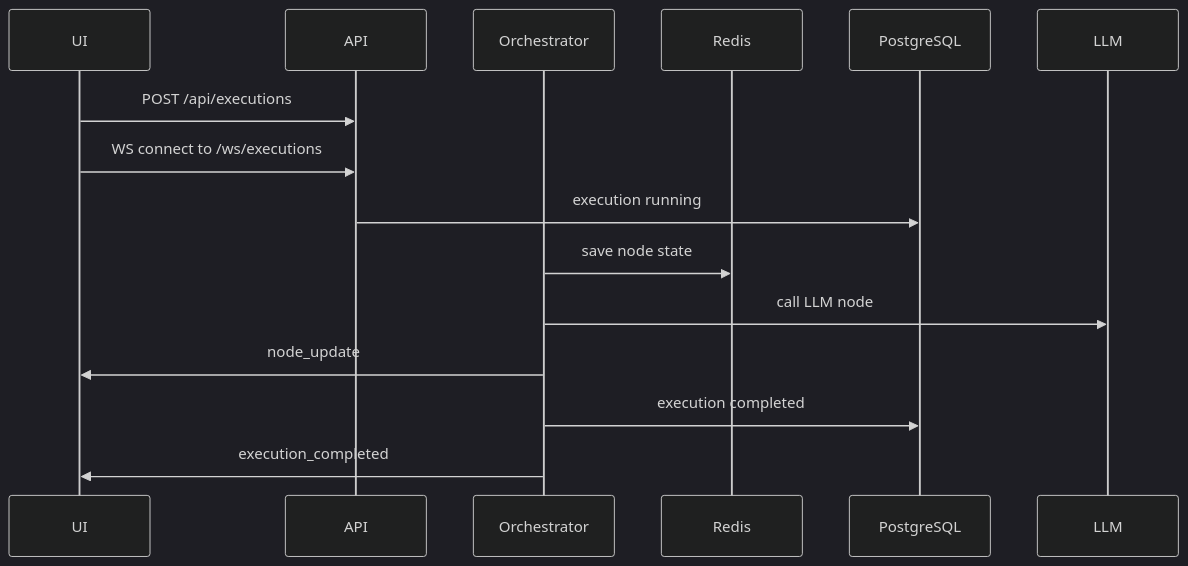
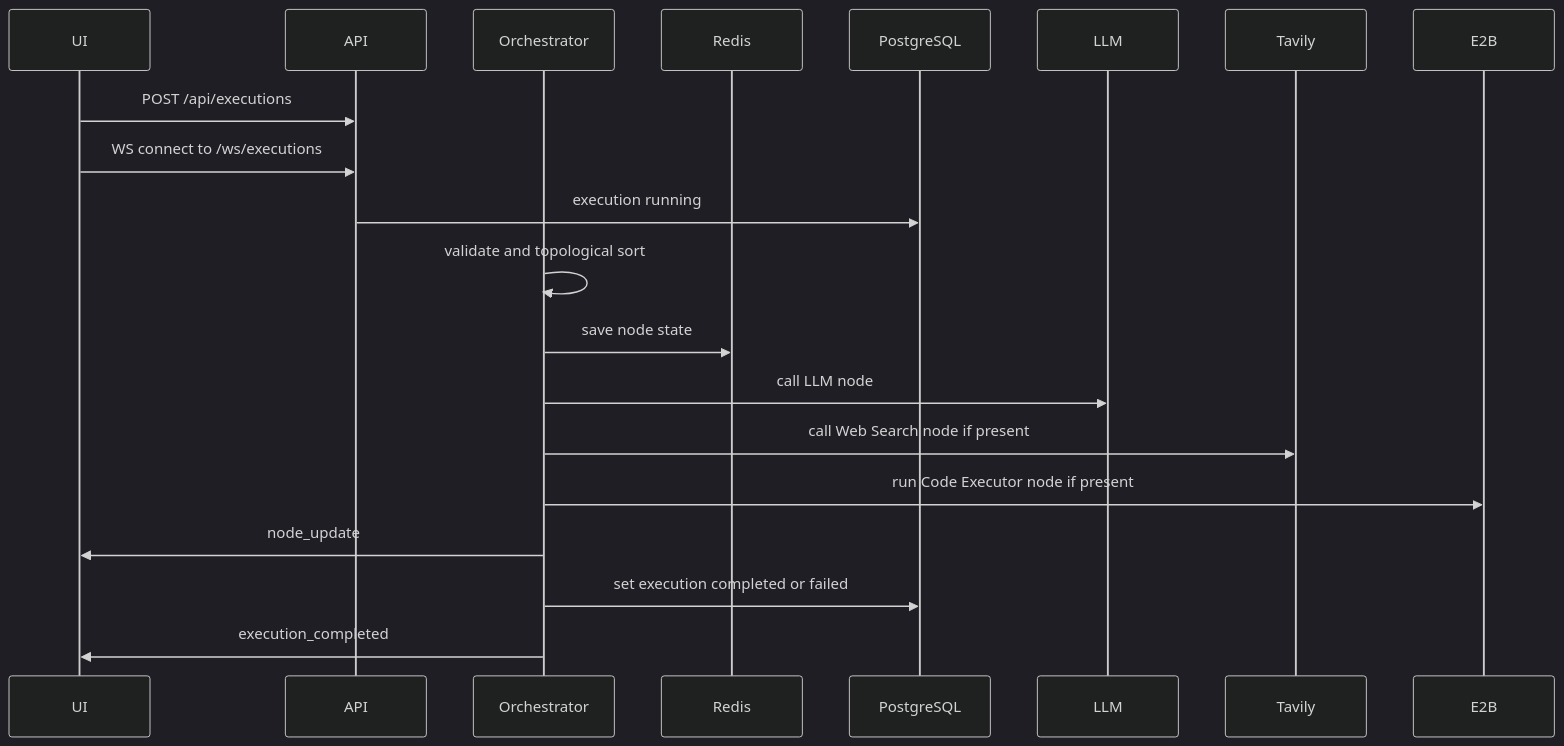
Before and after one commit to jenilashah311/Visual-AI-Automation-Platform: the second of 2 diagrams in README.md, drawn with Mermaid (dark theme). The commit also changed other lines of this file, not shown here.

Commit message:
Refine README diagrams

````diff
--- a/README.md
+++ b/README.md
@@ -82,18 +83,23 @@
 ```mermaid
 sequenceDiagram
   participant UI
   participant API
   participant Orchestrator
   participant Redis
   participant PostgreSQL
   participant LLM
+  participant Tavily
+  participant E2B
 
   UI->>API: POST /api/executions
   UI->>API: WS connect to /ws/executions
   API->>PostgreSQL: execution running
+  Orchestrator->>Orchestrator: validate and topological sort
   Orchestrator->>Redis: save node state
   Orchestrator->>LLM: call LLM node
+  Orchestrator->>Tavily: call Web Search node if present
+  Orchestrator->>E2B: run Code Executor node if present
   Orchestrator->>UI: node_update
-  Orchestrator->>PostgreSQL: execution completed
+  Orchestrator->>PostgreSQL: set execution completed or failed
   Orchestrator->>UI: execution_completed
 ```
````
